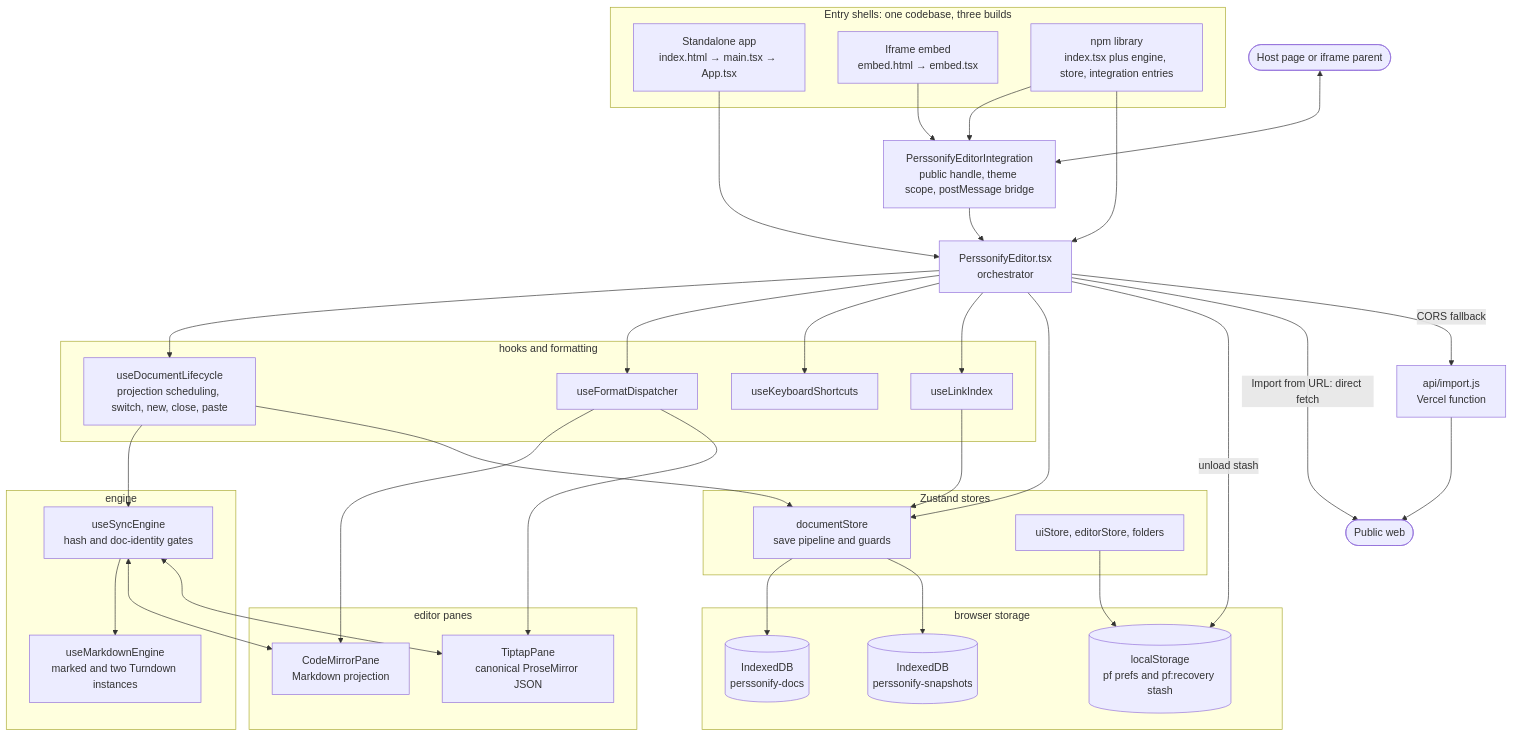
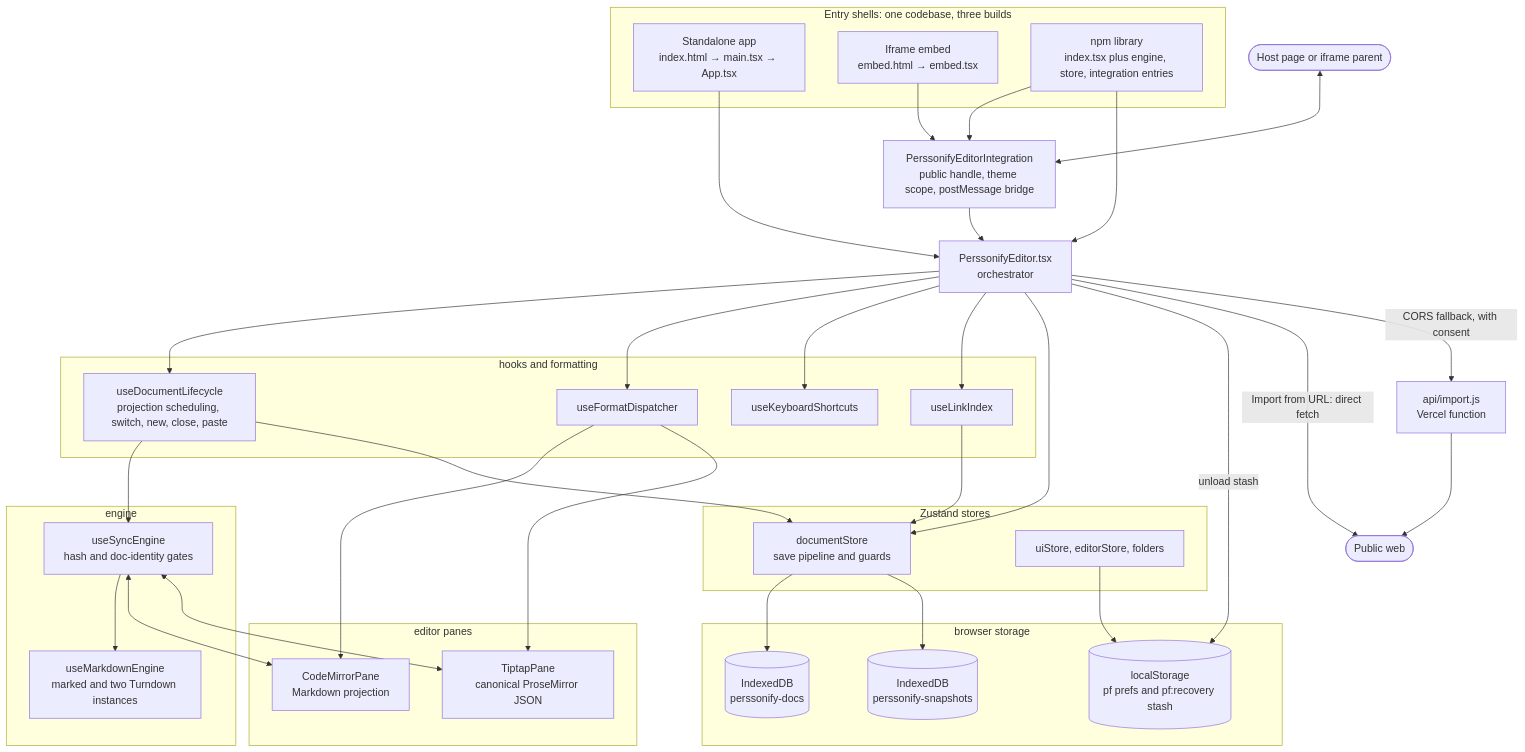
Before and after one commit to Perssonify/Markdown-Studio: the first of 2 diagrams in ONBOARDING.md, drawn with Mermaid. The commit also changed other lines of this file and 35 other files, not shown here.

````diff
--- a/ONBOARDING.md
+++ b/ONBOARDING.md
@@ -93,63 +102,63 @@
 ```mermaid
 flowchart TB
     subgraph entry["Entry shells: one codebase, three builds"]
         app["Standalone app<br/>index.html → main.tsx → App.tsx"]
         emb["Iframe embed<br/>embed.html → embed.tsx"]
         npm["npm library<br/>index.tsx plus engine, store, integration entries"]
     end
     host(["Host page or iframe parent"])
     integ["PerssonifyEditorIntegration<br/>public handle, theme scope, postMessage bridge"]
     pe["PerssonifyEditor.tsx<br/>orchestrator"]
     subgraph glue["hooks and formatting"]
         lc["useDocumentLifecycle<br/>projection scheduling, switch, new, close, paste"]
         fd["useFormatDispatcher"]
         ks["useKeyboardShortcuts"]
         li["useLinkIndex"]
     end
     subgraph eng["engine"]
         se["useSyncEngine<br/>hash and doc-identity gates"]
         me["useMarkdownEngine<br/>marked and two Turndown instances"]
     end
     subgraph panes["editor panes"]
         cm["CodeMirrorPane<br/>Markdown projection"]
         tt["TiptapPane<br/>canonical ProseMirror JSON"]
     end
     subgraph st["Zustand stores"]
         ds["documentStore<br/>save pipeline and guards"]
         uis["uiStore, editorStore, folders"]
     end
     subgraph disk["browser storage"]
         idb[("IndexedDB<br/>perssonify-docs")]
         snap[("IndexedDB<br/>perssonify-snapshots")]
         ls[("localStorage<br/>pf prefs and pf:recovery stash")]
     end
     relay["api/import.js<br/>Vercel function"]
     web(["Public web"])
 
     app --> pe
     emb --> integ
     npm --> integ
     npm --> pe
     integ --> pe
     host <--> integ
     pe --> lc
     pe --> fd
     pe --> ks
     pe --> li
     lc --> se
     se --> me
     se <--> cm
     se <--> tt
     fd --> cm
     fd --> tt
     lc --> ds
     pe --> ds
     li --> ds
     ds --> idb
     ds --> snap
     pe -->|unload stash| ls
     uis --> ls
     pe -->|"Import from URL: direct fetch"| web
-    pe -->|"CORS fallback"| relay
+    pe -->|"CORS fallback, with consent"| relay
     relay --> web
 ```
````
